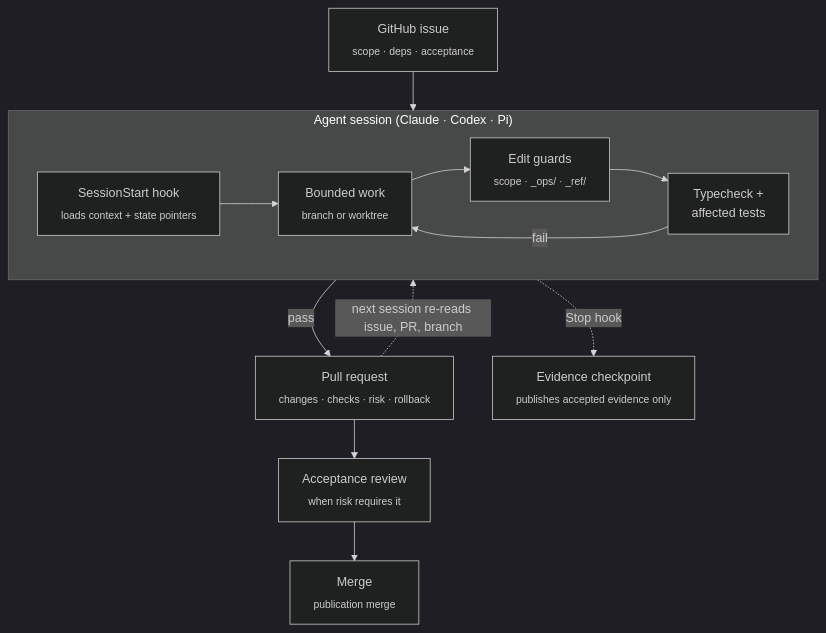
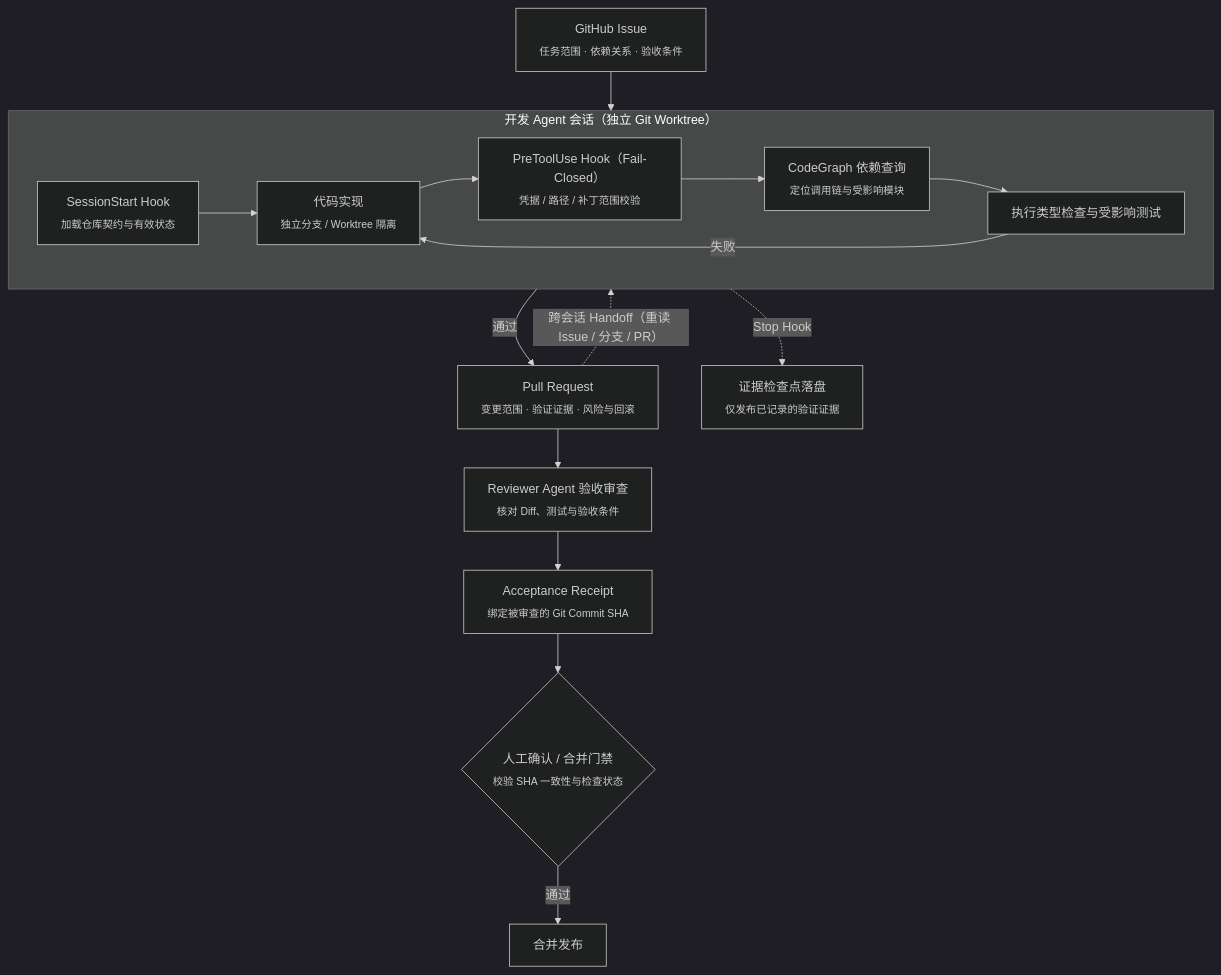
The first of 2 diagrams in README.md (123451123124/kForge-harness), drawn with Mermaid (dark theme) before and after one commit. The commit also changed other lines of this file, not shown here.

````diff
--- a/README.md
+++ b/README.md
@@ -105,16 +31,21 @@
 ```mermaid
 flowchart TB
-  Issue["GitHub issue<br/><sub>scope · deps · acceptance</sub>"] --> Start
-  subgraph Session["Agent session (Claude · Codex · Pi)"]
+  Issue["GitHub Issue<br/><sub>任务范围 · 依赖关系 · 验收条件</sub>"] --> Start
+
+  subgraph DevSession["开发 Agent 会话（独立 Git Worktree）"]
     direction LR
-    Start["SessionStart hook<br/><sub>loads context + state pointers</sub>"] --> Work["Bounded work<br/><sub>branch or worktree</sub>"]
-    Work --> Guard["Edit guards<br/><sub>scope · _ops/ · _ref/</sub>"]
-    Guard --> Verify["Typecheck +<br/>affected tests"]
-    Verify -->|fail| Work
+    Start["SessionStart Hook<br/><sub>加载仓库契约与有效状态</sub>"] --> Work["代码实现<br/><sub>独立分支 / Worktree 隔离</sub>"]
+    Work --> Guard["PreToolUse Hook（Fail-Closed）<br/><sub>凭据 / 路径 / 补丁范围校验</sub>"]
+    Guard --> Graph["CodeGraph 依赖查询<br/><sub>定位调用链与受影响模块</sub>"]
+    Graph --> Verify["执行类型检查与受影响测试"]
+    Verify -->|失败| Work
   end
-  Verify -->|pass| PR["Pull request<br/><sub>changes · checks · risk · rollback</sub>"]
-  PR --> Review["Acceptance review<br/><sub>when risk requires it</sub>"]
-  Review --> Merge["Merge<br/><sub>publication merge</sub>"]
-  Work -. Stop hook .-> Checkpoint["Evidence checkpoint<br/><sub>publishes accepted evidence only</sub>"]
-  PR -. next session re-reads issue, PR, branch .-> Start
+
+  Verify -->|通过| PR["Pull Request<br/><sub>变更范围 · 验证证据 · 风险与回滚</sub>"]
+  Work -. Stop Hook .-> Checkpoint["证据检查点落盘<br/><sub>仅发布已记录的验证证据</sub>"]
+  PR --> Review["Reviewer Agent 验收审查<br/><sub>核对 Diff、测试与验收条件</sub>"]
+  Review --> Receipt["Acceptance Receipt<br/><sub>绑定被审查的 Git Commit SHA</sub>"]
+  Receipt --> Gate{"人工确认 / 合并门禁<br/><sub>校验 SHA 一致性与检查状态</sub>"}
+  Gate -->|通过| Merge["合并发布"]
+  PR -. 跨会话 Handoff（重读 Issue / 分支 / PR） .-> Start
 ```
````
